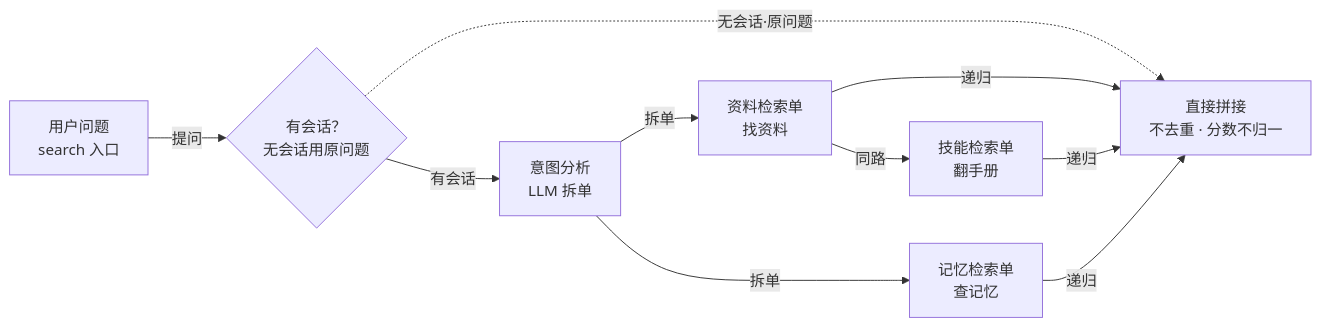
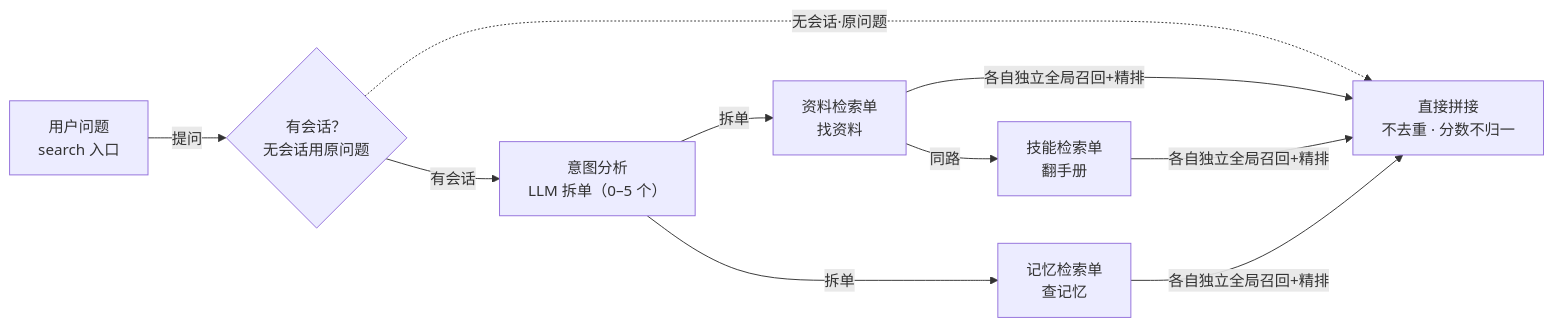
Before and after one commit to ThreeFish-AI/negentropy: the diagram in docs/assets/mermaid/cognitive-context/openviking--intent-typed-queries.mmd, drawn with Mermaid. The commit also changed 30 other files, not shown here.

First line of the commit message:
docs(OpenViking): 014 精读换代重写（钉点 6227af51/v0.5.1.1）+ 检索相三图重绘;

```diff
--- a/docs/assets/mermaid/cognitive-context/openviking--intent-typed-queries.mmd
+++ b/docs/assets/mermaid/cognitive-context/openviking--intent-typed-queries.mmd
@@ -1,14 +1,15 @@
-%% source: docs/research/cognitive-context/014-openviking.md §5.2（视频 P3）
+%% source: docs/research/cognitive-context/014-openviking.md §5.2（换代重绘）
 %% slug: openviking--intent-typed-queries
 %% type: workflow
 %% derived: docs/assets/architecture/cognitive-context/openviking--intent-typed-queries.html
+%% fix: 2026-10-22 「递归」边随上游 #5450 删除目录递归改为「各自独立全局召回」，钉点 6227af51
 flowchart LR
   Q["用户问题<br/>search 入口"] -->|"提问"| GATE{"有会话？<br/>无会话用原问题"}
-  GATE -->|"有会话"| AN["意图分析<br/>LLM 拆单"]
+  GATE -->|"有会话"| AN["意图分析<br/>LLM 拆单（0–5 个）"]
   GATE -.->|"无会话·原问题"| MERGE["直接拼接<br/>不去重 · 分数不归一"]
   AN -->|"拆单"| QRES["资料检索单<br/>找资料"]
   AN -->|"拆单"| QMEM["记忆检索单<br/>查记忆"]
   QRES -->|"同路"| QSKILL["技能检索单<br/>翻手册"]
-  QRES -->|"递归"| MERGE
-  QSKILL -->|"递归"| MERGE
-  QMEM -->|"递归"| MERGE
+  QRES -->|"各自独立全局召回+精排"| MERGE
+  QSKILL -->|"各自独立全局召回+精排"| MERGE
+  QMEM -->|"各自独立全局召回+精排"| MERGE
```
